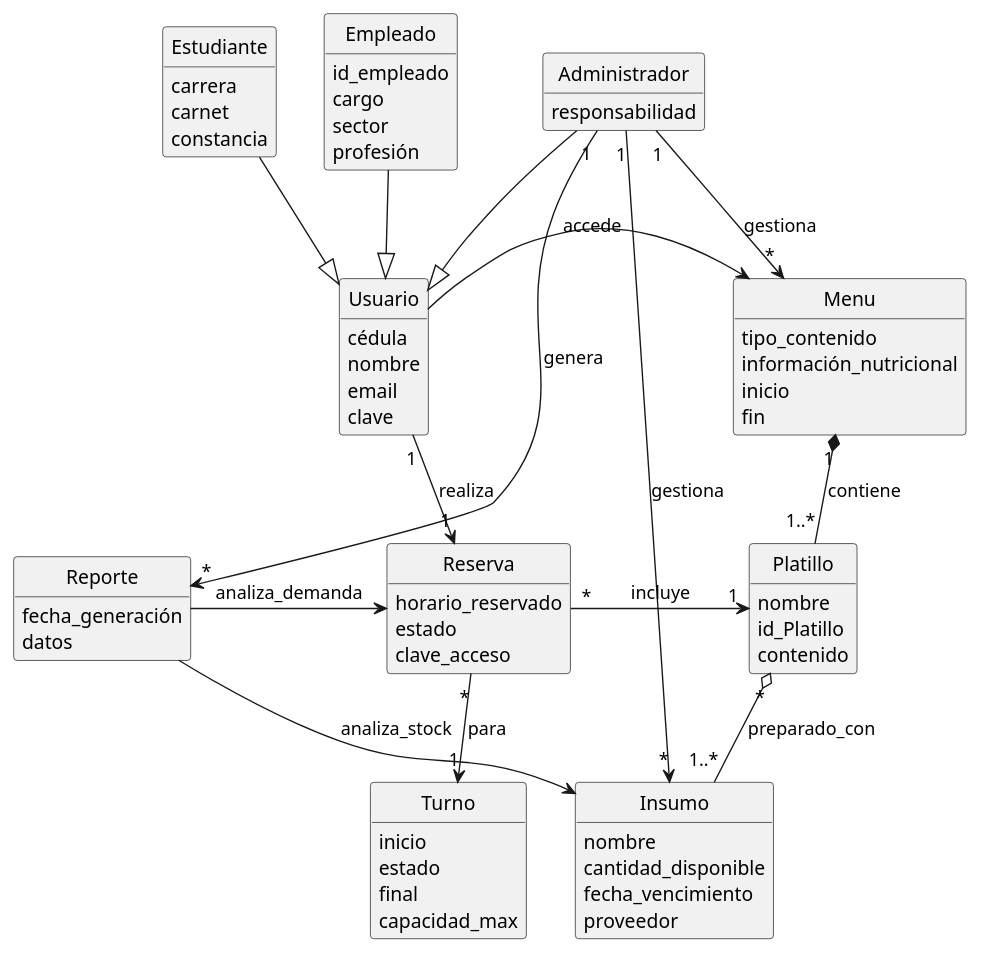
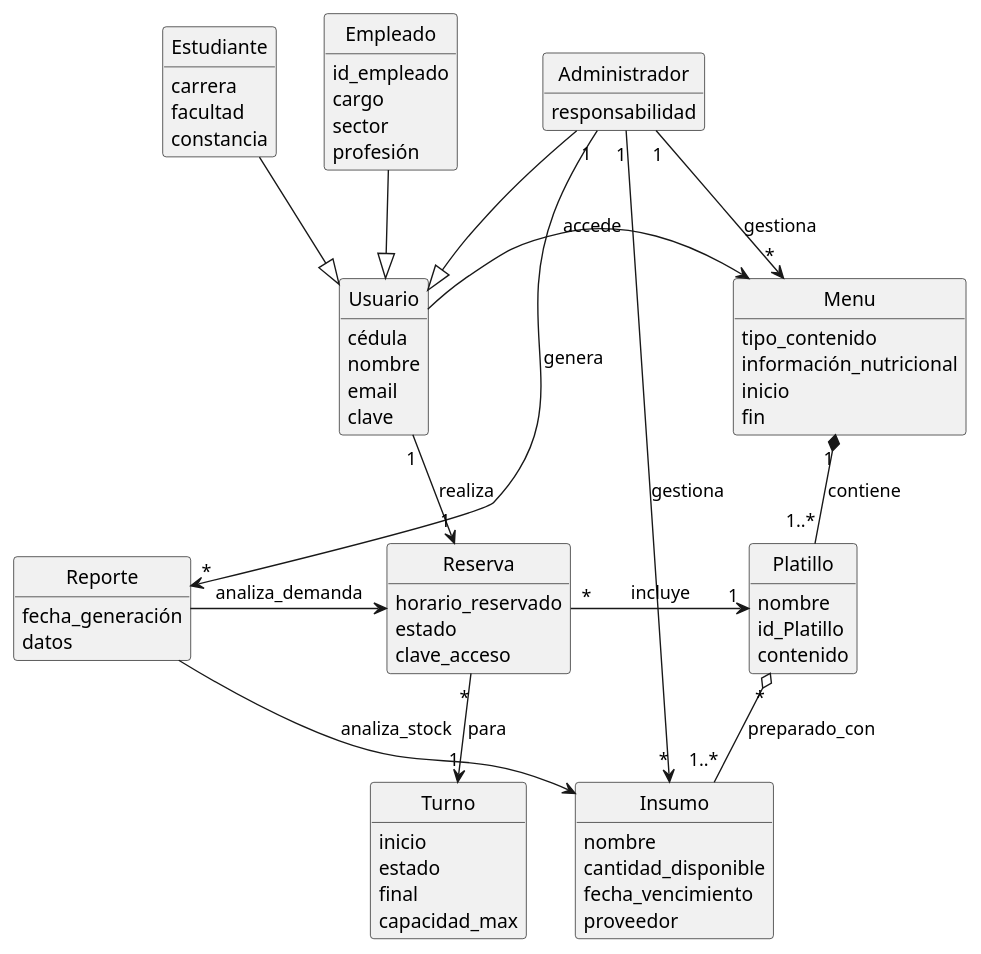
The diagram in docs/diagramas/modelo_dominio.puml (ARUSG178/proyecto-comedor-2-2025-grupo-12), drawn with PlantUML before and after one commit. The commit also changed 9 other files, not shown here.

```diff
--- a/docs/diagramas/modelo_dominio.puml
+++ b/docs/diagramas/modelo_dominio.puml
@@ -1,120 +1,120 @@
 @startuml Modelo_Dominio_Final
 
     '-- ACOMODAR Y LIMPIAR EL MODELO --
     
     hide circle
     hide methods
 
     '-- CLASES -> PERSONAS --
 
     'Clase Padre Principal
     class Usuario {
         cédula
         nombre
         email
         clave
     }
 
     'Diferentes tipos de Usuarios
     Class Estudiante {
         carrera
-        carnet
+        facultad
         constancia
     }
 
     Class Empleado {
         id_empleado
         cargo
         sector
         profesión
     }
 
     Class Administrador {
         responsabilidad
     }
 
     '-- CLASES -> COMEDOR
 
     ' Menu que rota semanalmente
     class Menu {
         'Tipo de contenido clasifica: Desayuno, almuerzo, cena
         tipo_contenido
         información_nutricional
         inicio
         fin
     }
 
     ' Insumo que llega para preparar los platillos
     class Insumo {
         nombre
         cantidad_disponible
         fecha_vencimiento
         proveedor
     }
 
     ' Comida hecha de los insumos la cual se mostrará como opción en el menú
     class Platillo {
         nombre
         id_Platillo
         contenido
     }
 
     ' Turno en los cuales las comidas cambian y abren nuevas capacidades para personas
     class Turno {
         inicio
         'Disponibilidad o no
         estado
         final
         capacidad_max
     }
 
     ' Reporte que el Administrador realiza en donde figura consumo diario, reportes de demanda y planificación
     class Reporte {
         fecha_generación
         datos
     }
 
     ' Reserva que realiza un Usuario durante un Turno
     class Reserva {
         horario_reservado
         'El estado refiere si está vigente, cancelada o ya ha sido canjeada
         estado
         'Código que verifica que el usuario fue quien obtuvo el platillo
         clave_acceso
     }
 
     ' --- RELACIONES ---
 
     ' Herencia
     Estudiante --|> Usuario
     Empleado --|> Usuario
     Administrador --|> Usuario
 
     ' El Administrador gestiona menús semanales, insumos y genera reportes 
     Administrador "1" --> "*" Menu : gestiona
     Administrador "1" --> "*" Insumo : gestiona
     Administrador "1" --> "*" Reporte : genera
 
     ' Un menú se compone de varios platillos disponibles para esa semana 
     Menu "1" *-- "1..*" Platillo : contiene
     
     ' Un platillo requiere insumos para prepararse
     Platillo "*" o-- "1..*" Insumo : preparado_con
 
     ' El usuario hace la reserva, una por persona
     Usuario "1" --> "1" Reserva : realiza
 
     ' Una reserva corresponde a un Turno específico, controla el acceso 
     Reserva "*" --> "1" Turno : para
 
     ' Una reserva suele ser por un platillo
     Reserva "*" -> "1" Platillo : incluye
 
     ' El reporte se basa en los datos de las reservas/consumos y el inventario 
     Reporte -> Reserva : analiza_demanda
     Reporte -> Insumo : analiza_stock
 
     ' Correción, el Usuario debe acceder al menú
     Usuario -> Menu : accede
 
 @enduml
```
